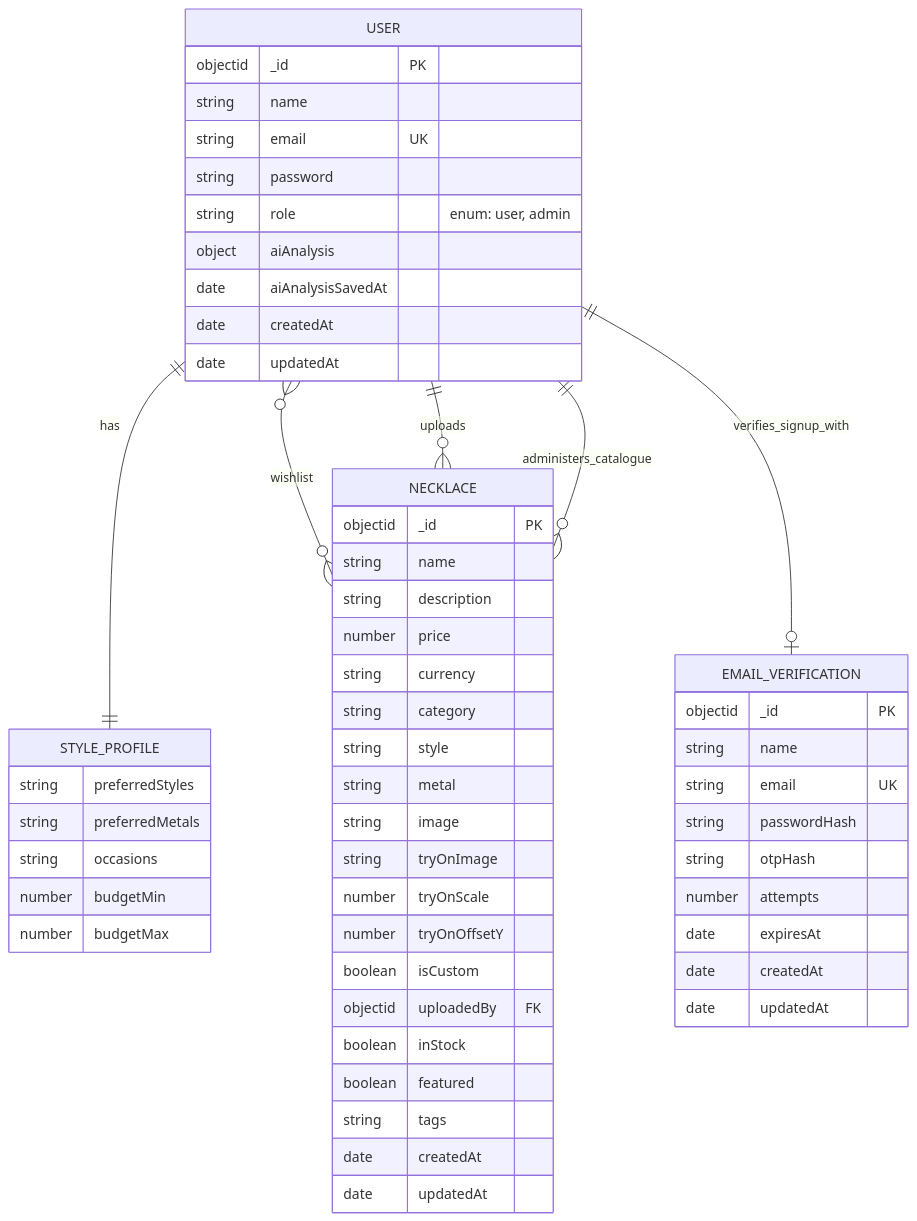
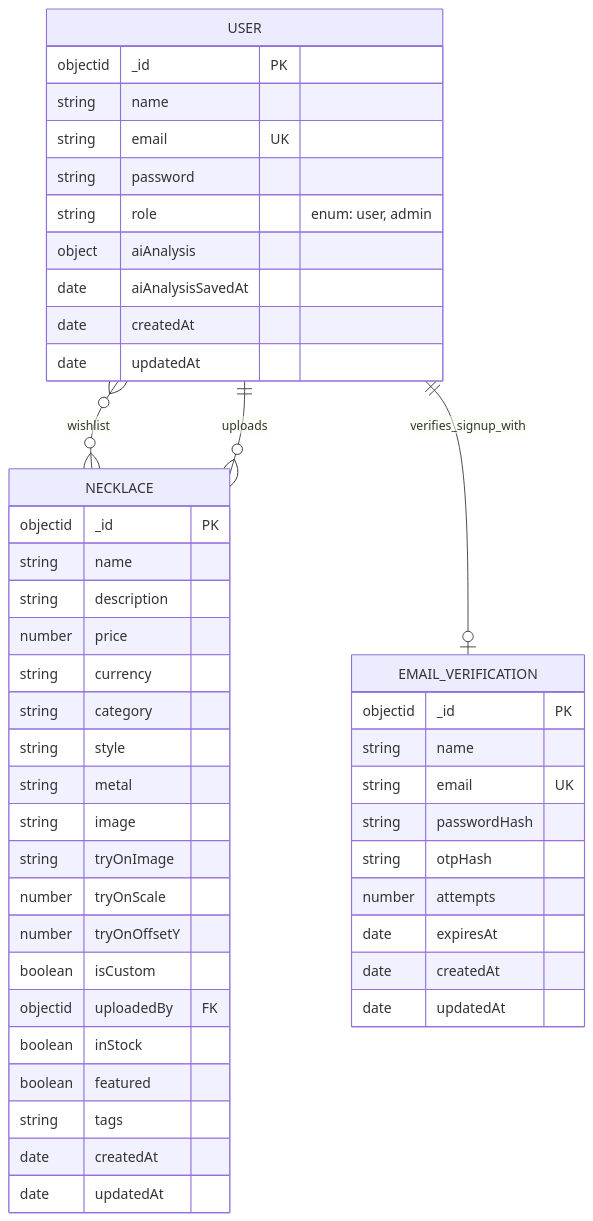
One commit to tiaoueiss/lumiere changed the second of 6 diagrams in docs/uml-diagrams.md. Above: the diagram before and after it, drawn with Mermaid. The commit also changed other lines of this file, not shown here.

Commit message:
updated diagrams

````diff
--- a/docs/uml-diagrams.md
+++ b/docs/uml-diagrams.md
@@ -54,62 +54,52 @@
 ```mermaid
 erDiagram
   USER {
     objectid _id PK
     string name
     string email UK
     string password
     string role "enum: user, admin"
     object aiAnalysis
     date aiAnalysisSavedAt
     date createdAt
     date updatedAt
-  }
-
-  STYLE_PROFILE {
-    string preferredStyles
-    string preferredMetals
-    string occasions
-    number budgetMin
-    number budgetMax
   }
 
   NECKLACE {
     objectid _id PK
     string name
     string description
     number price
     string currency
     string category
     string style
     string metal
     string image
     string tryOnImage
     number tryOnScale
     number tryOnOffsetY
     boolean isCustom
     objectid uploadedBy FK
     boolean inStock
     boolean featured
     string tags
     date createdAt
     date updatedAt
   }
 
   EMAIL_VERIFICATION {
     objectid _id PK
     string name
     string email UK
     string passwordHash
     string otpHash
     number attempts
     date expiresAt
     date createdAt
     date updatedAt
   }
 
-  USER ||--|| STYLE_PROFILE : has
   USER }o--o{ NECKLACE : wishlist
   USER ||--o{ NECKLACE : uploads
-  USER ||--o{ NECKLACE : administers_catalogue
   USER ||--o| EMAIL_VERIFICATION : verifies_signup_with
 ```
````
